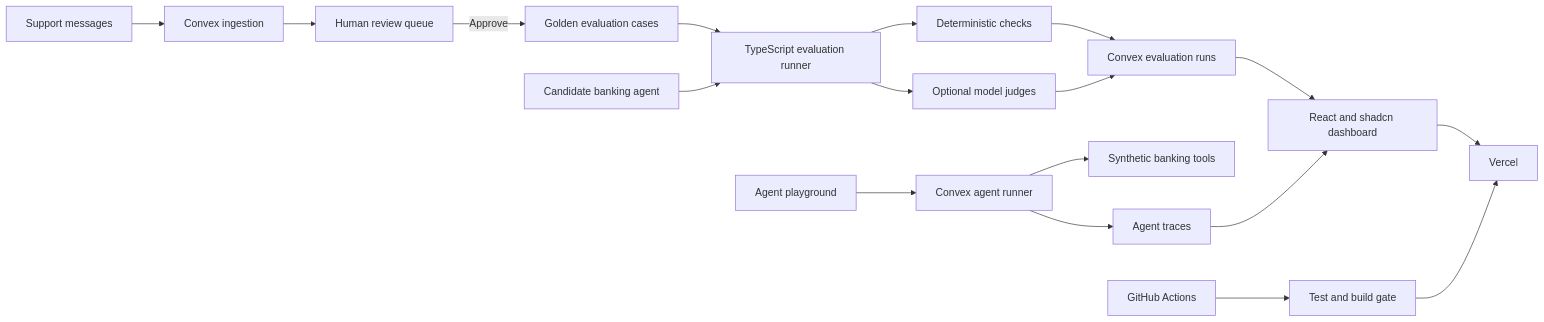
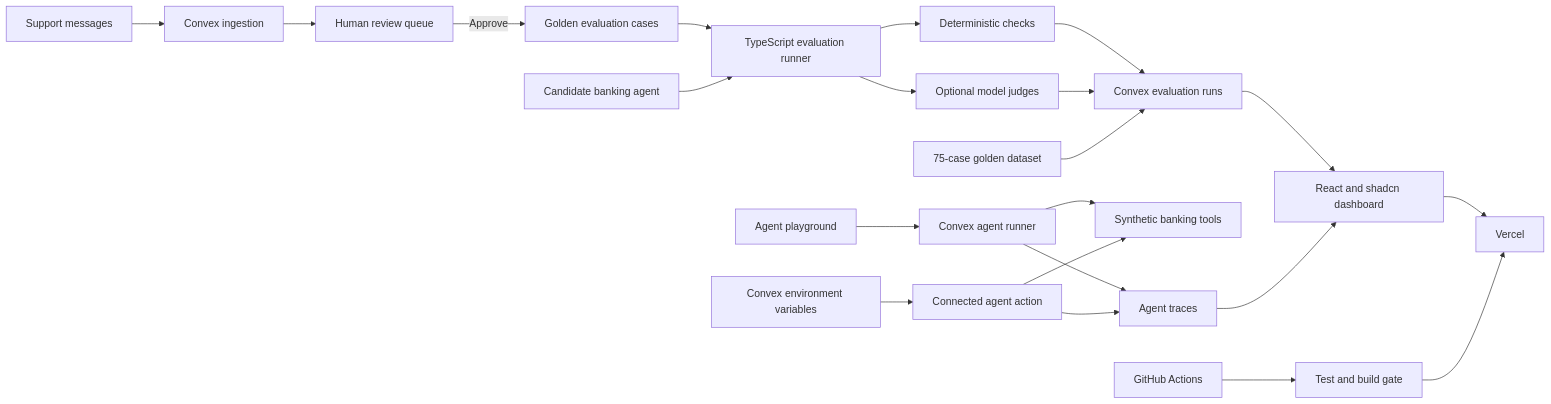
Before and after one commit to sricantreddy/fineval-lab: the diagram in docs/architecture.md, drawn with Mermaid. The commit also changed other lines of this file and 21 other files, not shown here.

Commit message:
Add agent provider setup and golden evaluations

````diff
--- a/docs/architecture.md
+++ b/docs/architecture.md
@@ -3,20 +3,24 @@
 ```mermaid
 flowchart LR
     A[Support messages] --> B[Convex ingestion]
     B --> C[Human review queue]
     C -->|Approve| D[Golden evaluation cases]
     D --> E[TypeScript evaluation runner]
     F[Candidate banking agent] --> E
     E --> G[Deterministic checks]
     E --> H[Optional model judges]
     G --> I[Convex evaluation runs]
     H --> I
     I --> J[React and shadcn dashboard]
     N[Agent playground] --> O[Convex agent runner]
     O --> P[Synthetic banking tools]
     O --> Q[Agent traces]
     Q --> J
+    R[Convex environment variables] --> S[Connected agent action]
+    S --> P
+    S --> Q
+    T[75-case golden dataset] --> I
     J --> K[Vercel]
     L[GitHub Actions] --> M[Test and build gate]
     M --> K
 ```
````
